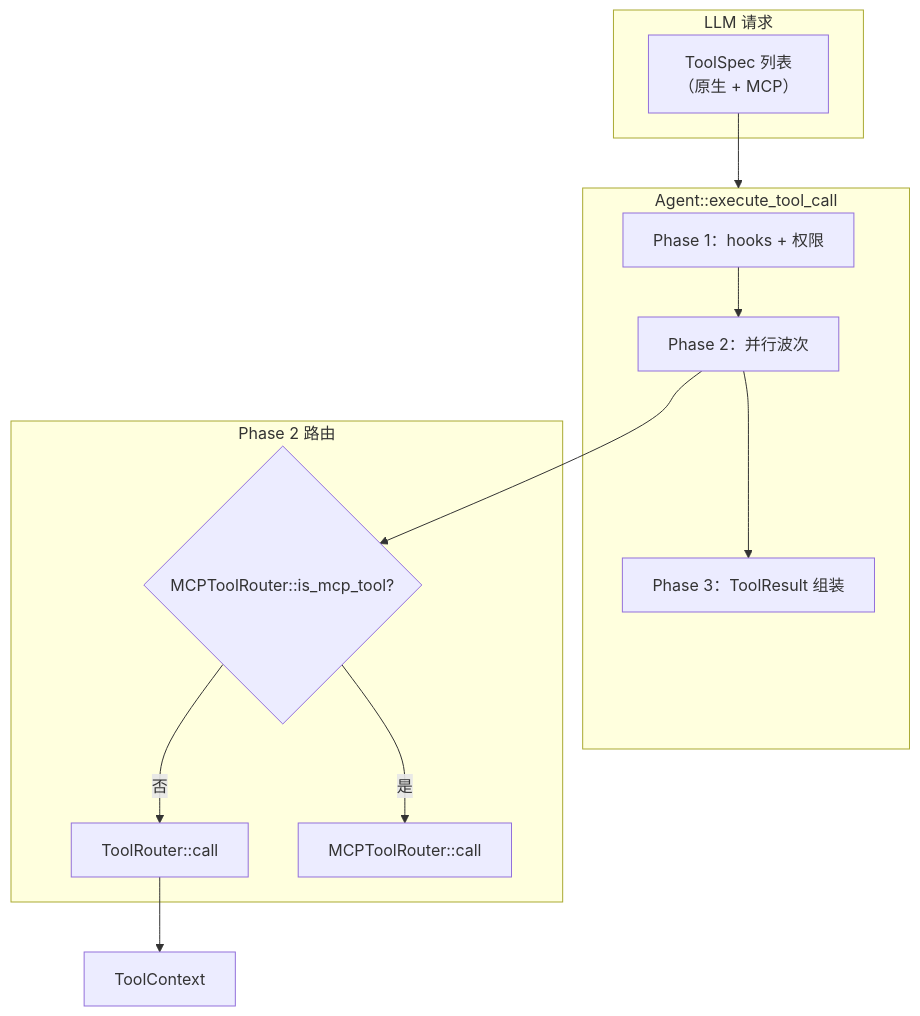
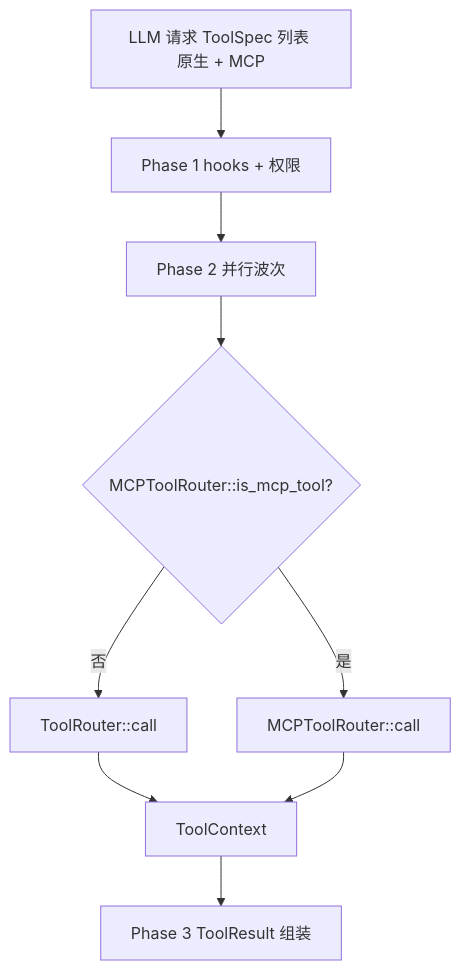
The first of 4 diagrams in book/07_chapter_tool_zh.md (rust-infra/tact), drawn with Mermaid before and after one commit. The commit also changed other lines of this file and 303 other files, not shown here.

````diff
--- a/book/07_chapter_tool_zh.md
+++ b/book/07_chapter_tool_zh.md
@@ -46,26 +44,11 @@
 ```mermaid
-graph TB
-    subgraph LLM["LLM 请求"]
-        Specs["ToolSpec 列表<br/>（原生 + MCP）"]
-    end
-
-    subgraph Agent["Agent::execute_tool_call"]
-        P1["Phase 1：hooks + 权限"]
-        P2["Phase 2：并行波次"]
-        P3["Phase 3：ToolResult 组装"]
-    end
-
-    subgraph Dispatch["Phase 2 路由"]
-        Check{"MCPToolRouter::is_mcp_tool?"}
-        TR[ToolRouter::call]
-        MCP[MCPToolRouter::call]
-    end
-
-    Specs --> Agent
-    P1 --> P2
-    P2 --> Check
-    Check -- 否 --> TR
-    Check -- 是 --> MCP
-    TR --> TC[ToolContext]
-    P2 --> P3
+graph TD
+    a_specs[LLM 请求 ToolSpec 列表 原生 + MCP] --> b_p1[Phase 1 hooks + 权限]
+    b_p1 --> c_p2[Phase 2 并行波次]
+    c_p2 --> d_check{MCPToolRouter::is_mcp_tool?}
+    d_check -->|否| e_tr[ToolRouter::call]
+    d_check -->|是| f_mcp[MCPToolRouter::call]
+    e_tr --> g_ctx[ToolContext]
+    f_mcp --> g_ctx
+    g_ctx --> h_p3[Phase 3 ToolResult 组装]
 ```
````
